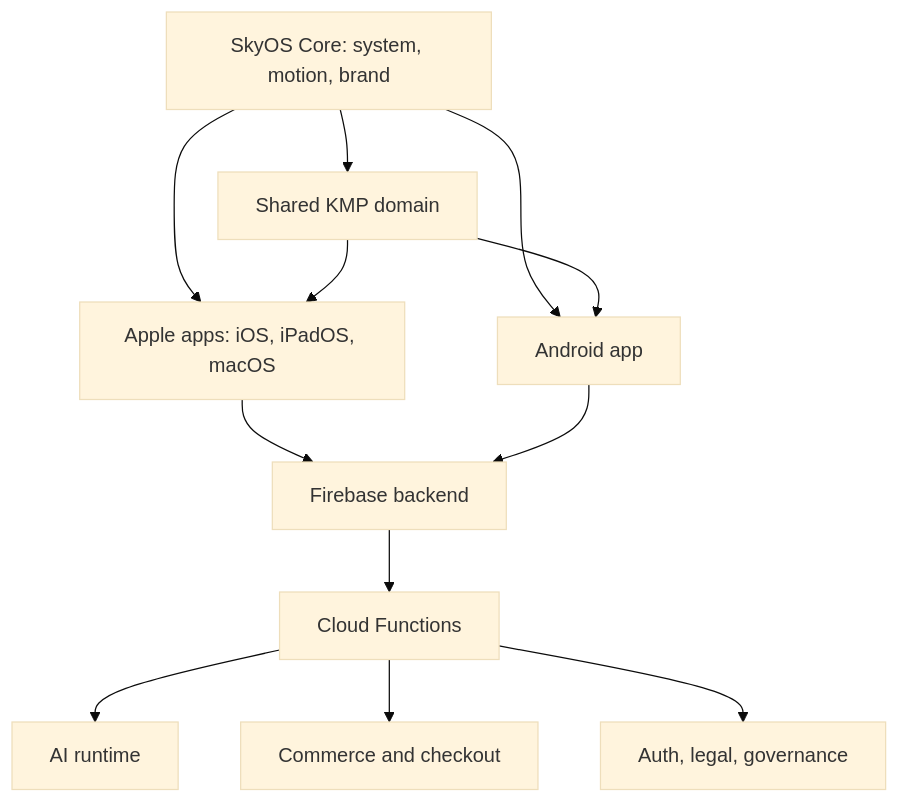
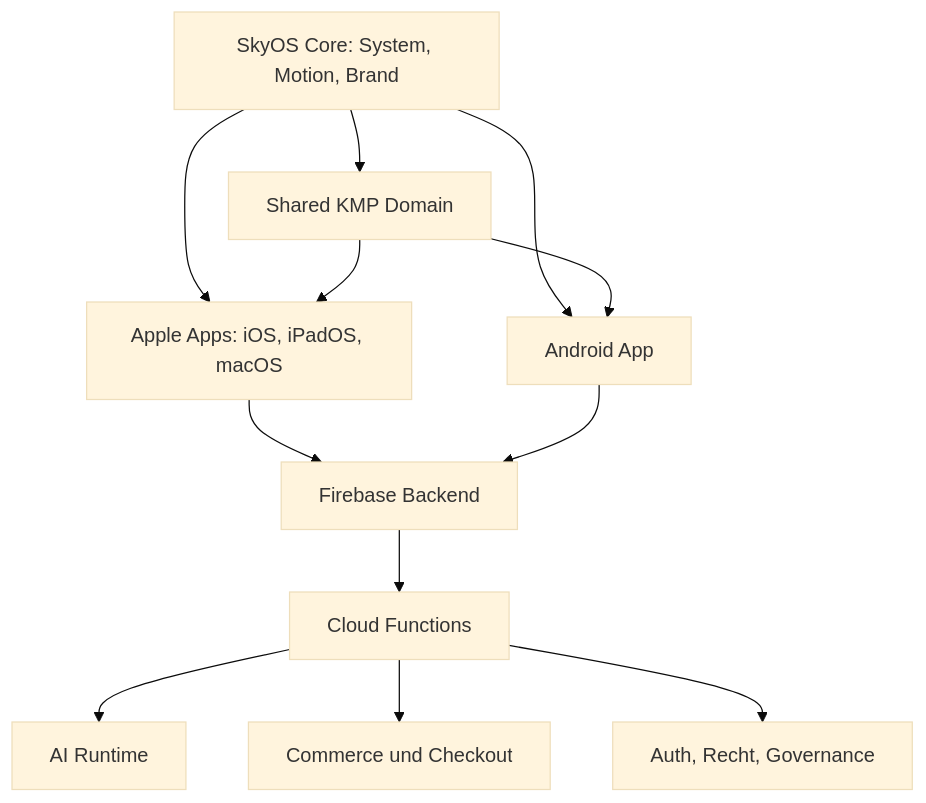
The diagram in README.md (Yang-D-Nash/SkyOS-Readme-Public), drawn with Mermaid (base theme) before and after one commit. The commit also changed other lines of this file, not shown here.

````diff
--- a/README.md
+++ b/README.md
@@ -82,15 +82,15 @@
 ```mermaid
 flowchart TB
-    skyos["SkyOS Core: system, motion, brand"]
-    skyos --> apple["Apple apps: iOS, iPadOS, macOS"]
-    skyos --> android["Android app"]
-    skyos --> shared["Shared KMP domain"]
-    apple --> firebase["Firebase backend"]
+    skyos["SkyOS Core: System, Motion, Brand"]
+    skyos --> apple["Apple Apps: iOS, iPadOS, macOS"]
+    skyos --> android["Android App"]
+    skyos --> shared["Shared KMP Domain"]
+    apple --> firebase["Firebase Backend"]
     android --> firebase
     shared --> apple
     shared --> android
     firebase --> functions["Cloud Functions"]
-    functions --> ai["AI runtime"]
-    functions --> commerce["Commerce and checkout"]
-    functions --> trust["Auth, legal, governance"]
+    functions --> ai["AI Runtime"]
+    functions --> commerce["Commerce und Checkout"]
+    functions --> trust["Auth, Recht, Governance"]
 ```
````
